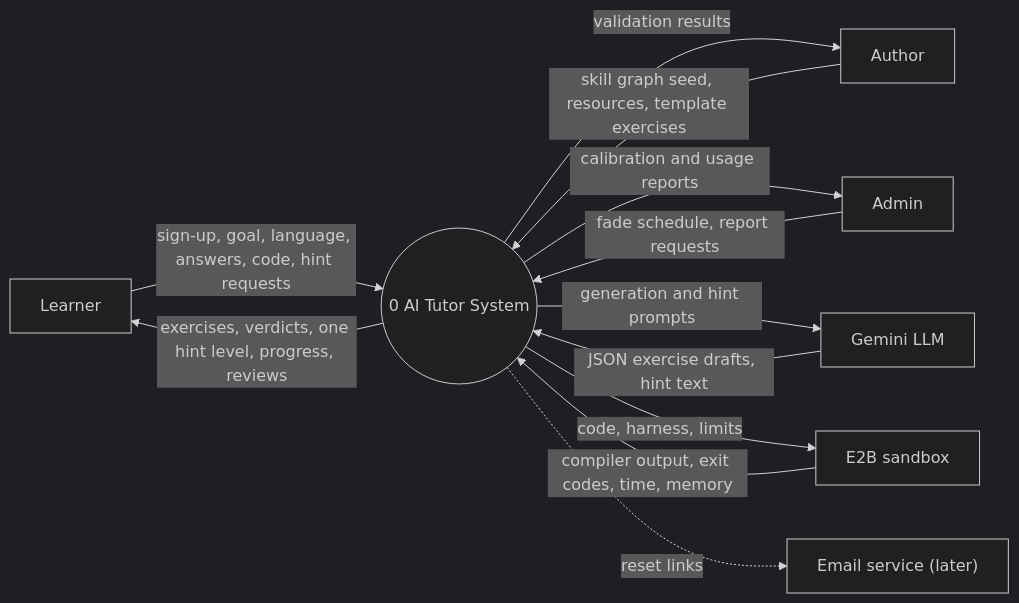
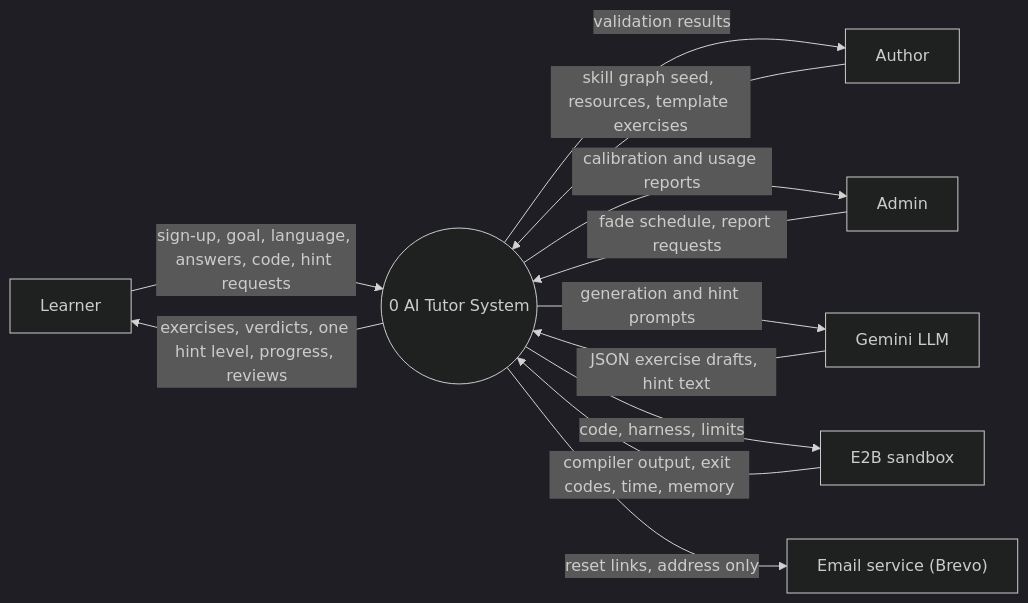
One commit to Nidanos/ai-tutor-platform changed diagram 15 of 20 in DOCS/phase-3/MP3-Draft-Report.md. Above: the diagram before and after it, drawn with Mermaid (dark theme). The commit also changed other lines of this file and 1 other file, not shown here.

Commit message:
docs: update Phase 3 report for password reset (25/25 endpoints, 180 tests)

````diff
--- a/DOCS/phase-3/MP3-Draft-Report.md
+++ b/DOCS/phase-3/MP3-Draft-Report.md
@@ -918,21 +957,21 @@
 ```mermaid
 flowchart LR
   L["Learner"]
   AU["Author"]
   AD["Admin"]
   GEM["Gemini LLM"]
   SBX["E2B sandbox"]
-  EM["Email service (later)"]
+  EM["Email service (Brevo)"]
   P0(("0 AI Tutor System"))
   L -->|sign-up, goal, language, answers, code, hint requests| P0
   P0 -->|exercises, verdicts, one hint level, progress, reviews| L
   AU -->|skill graph seed, resources, template exercises| P0
   P0 -->|validation results| AU
   AD -->|fade schedule, report requests| P0
   P0 -->|calibration and usage reports| AD
   P0 -->|generation and hint prompts| GEM
   GEM -->|JSON exercise drafts, hint text| P0
   P0 -->|code, harness, limits| SBX
   SBX -->|compiler output, exit codes, time, memory| P0
-  P0 -.->|reset links| EM
+  P0 -->|reset links, address only| EM
 ```
````
